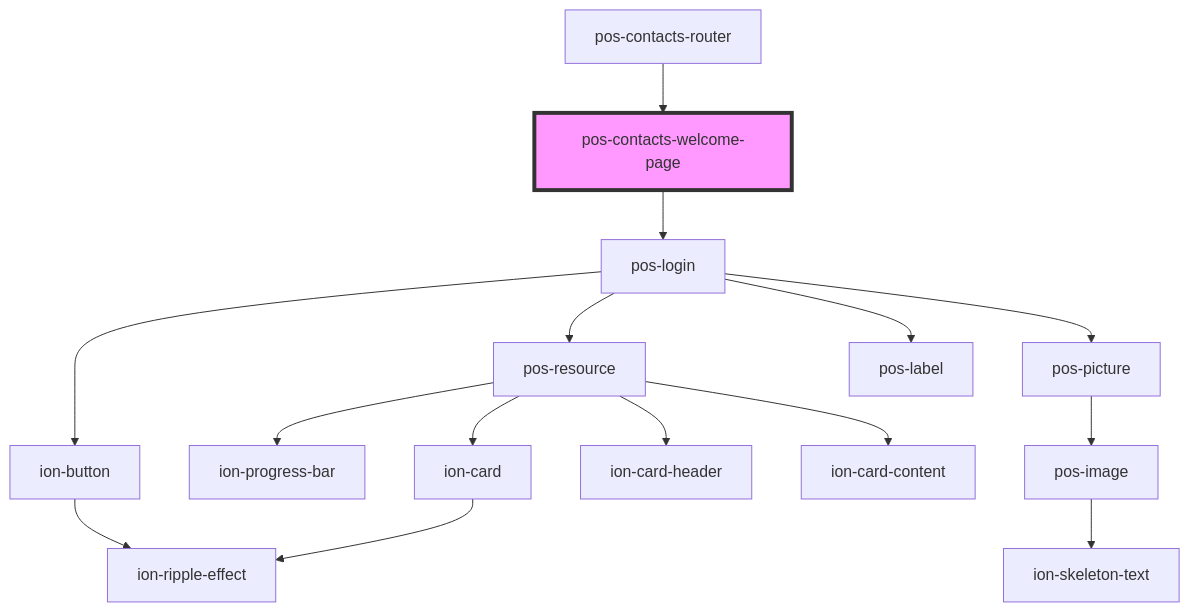
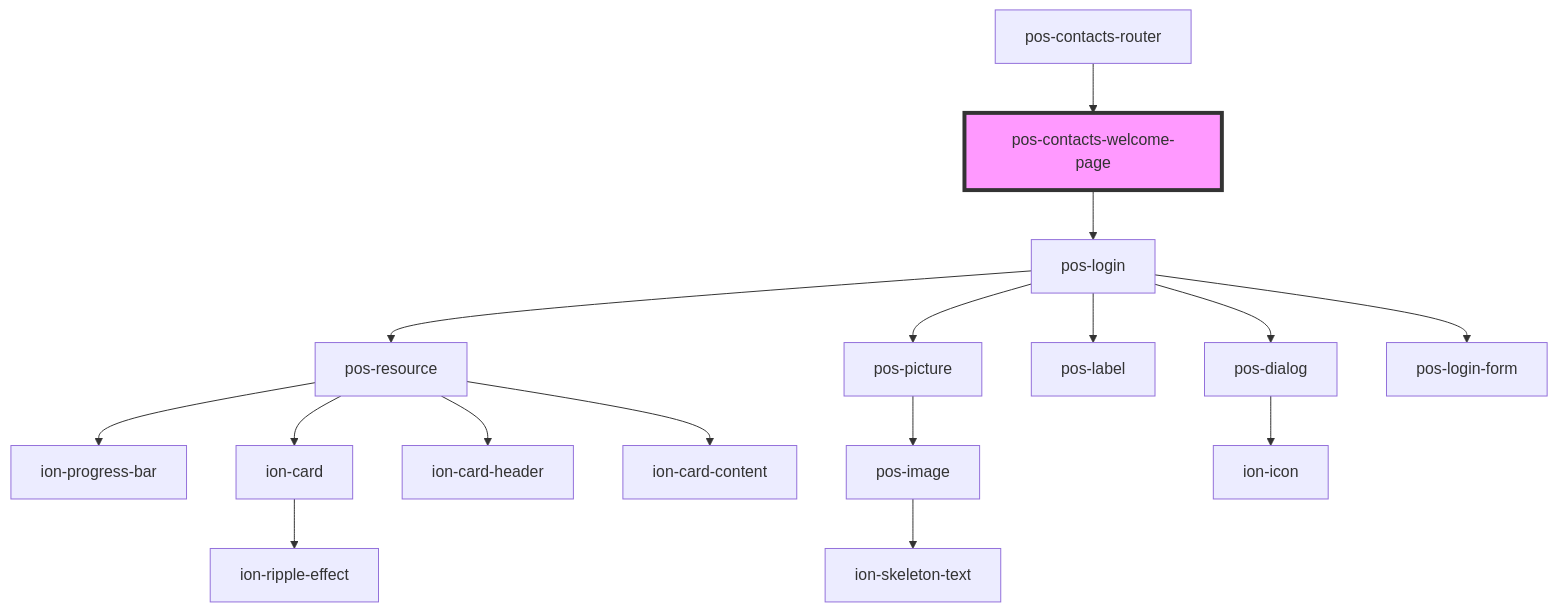
The diagram in contacts/src/components/welcome-page/readme.md (pod-os/PodOS), drawn with Mermaid before and after one commit. The commit also changed 4 other files, not shown here.

````diff
--- a/contacts/src/components/welcome-page/readme.md
+++ b/contacts/src/components/welcome-page/readme.md
@@ -26,18 +26,19 @@
 ```mermaid
 graph TD;
   pos-contacts-welcome-page --> pos-login
   pos-login --> pos-resource
   pos-login --> pos-picture
   pos-login --> pos-label
-  pos-login --> ion-button
+  pos-login --> pos-dialog
+  pos-login --> pos-login-form
   pos-resource --> ion-progress-bar
   pos-resource --> ion-card
   pos-resource --> ion-card-header
   pos-resource --> ion-card-content
   ion-card --> ion-ripple-effect
   pos-picture --> pos-image
   pos-image --> ion-skeleton-text
-  ion-button --> ion-ripple-effect
+  pos-dialog --> ion-icon
   pos-contacts-router --> pos-contacts-welcome-page
   style pos-contacts-welcome-page fill:#f9f,stroke:#333,stroke-width:4px
 ```
````
